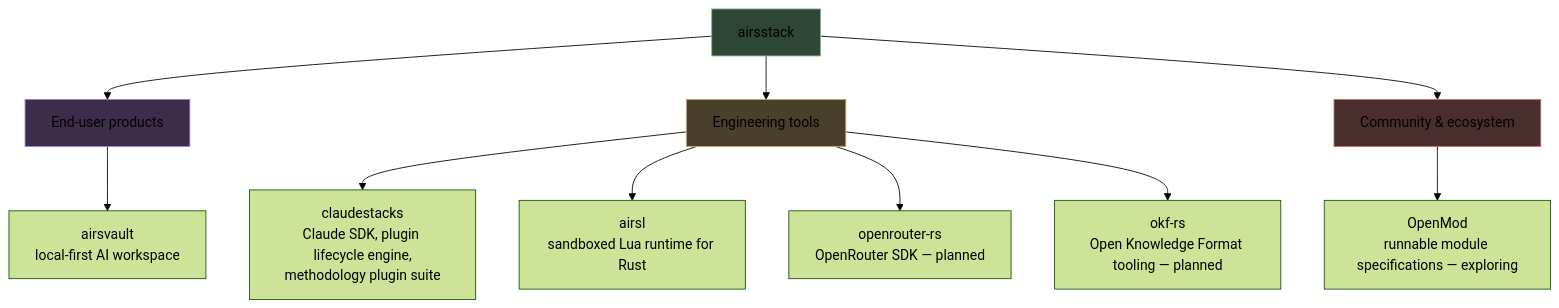
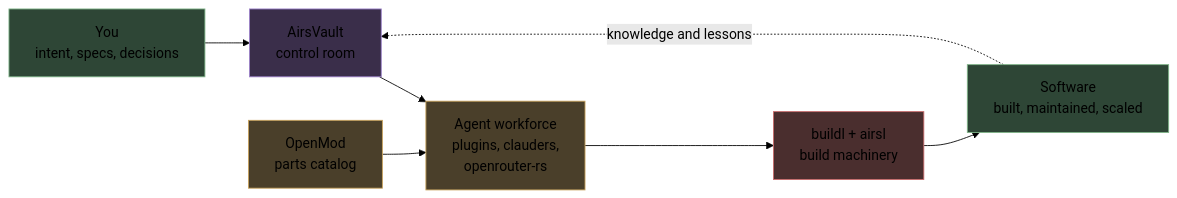
One commit to airsstack/.github changed the diagram in profile/README.md. Above: the diagram before and after it, drawn with Mermaid (forest theme). The commit also changed other lines of this file, not shown here.

````diff
--- a/profile/README.md
+++ b/profile/README.md
@@ -84,23 +21,17 @@
 ```mermaid
-%% airsstack organization map
-graph TD
-    ROOT["airsstack"]
+%% airsstack Factory Floor
+flowchart LR
+    YOU["You<br/>intent, specs, decisions"] --> VAULT["AirsVault<br/>control room"]
+    VAULT --> AGENTS["Agent workforce<br/>plugins, clauders,<br/>openrouter-rs"]
+    PARTS["OpenMod<br/>parts catalog"] --> AGENTS
+    AGENTS --> BUILD["buildl + airsl<br/>build machinery"]
+    BUILD --> OUT["Software<br/>built, maintained, scaled"]
+    OUT -.->|"knowledge and lessons"| VAULT
 
-    ROOT --> PROD["End-user products"]
-    ROOT --> TOOLS["Engineering tools"]
-    ROOT --> ECO["Community & ecosystem"]
-
-    PROD --> AV["airsvault<br/>local-first AI workspace"]
-
-    TOOLS --> CS["claudestacks<br/>Claude SDK, plugin lifecycle engine,<br/>methodology plugin suite"]
-    TOOLS --> AL["airsl<br/>sandboxed Lua runtime for Rust"]
-    TOOLS --> OR["openrouter-rs<br/>OpenRouter SDK — planned"]
-    TOOLS --> OKF["okf-rs<br/>Open Knowledge Format tooling — planned"]
-
-    ECO --> OM["OpenMod<br/>runnable module specifications — exploring"]
-
-    style ROOT fill:#2e4636,stroke:#7fb589
-    style PROD fill:#3a2e4a,stroke:#9b7fc9
-    style TOOLS fill:#4a3f2a,stroke:#c9a35c
-    style ECO fill:#4a2e2e,stroke:#c96b6b
+    style YOU fill:#2e4636,stroke:#7fb589
+    style VAULT fill:#3a2e4a,stroke:#9b7fc9
+    style AGENTS fill:#4a3f2a,stroke:#c9a35c
+    style PARTS fill:#4a3f2a,stroke:#c9a35c
+    style BUILD fill:#4a2e2e,stroke:#c96b6b
+    style OUT fill:#2e4636,stroke:#7fb589
 ```
````
